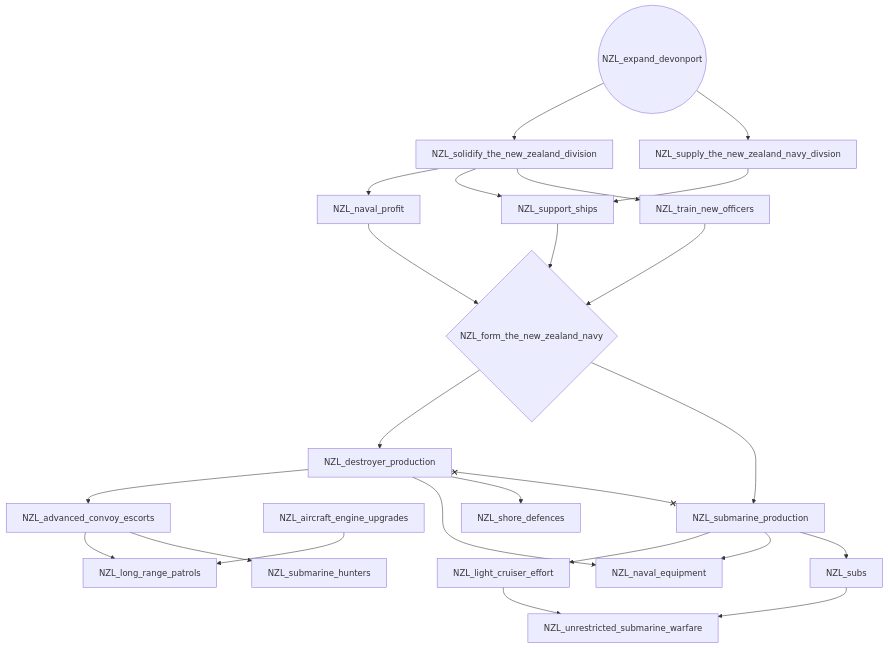
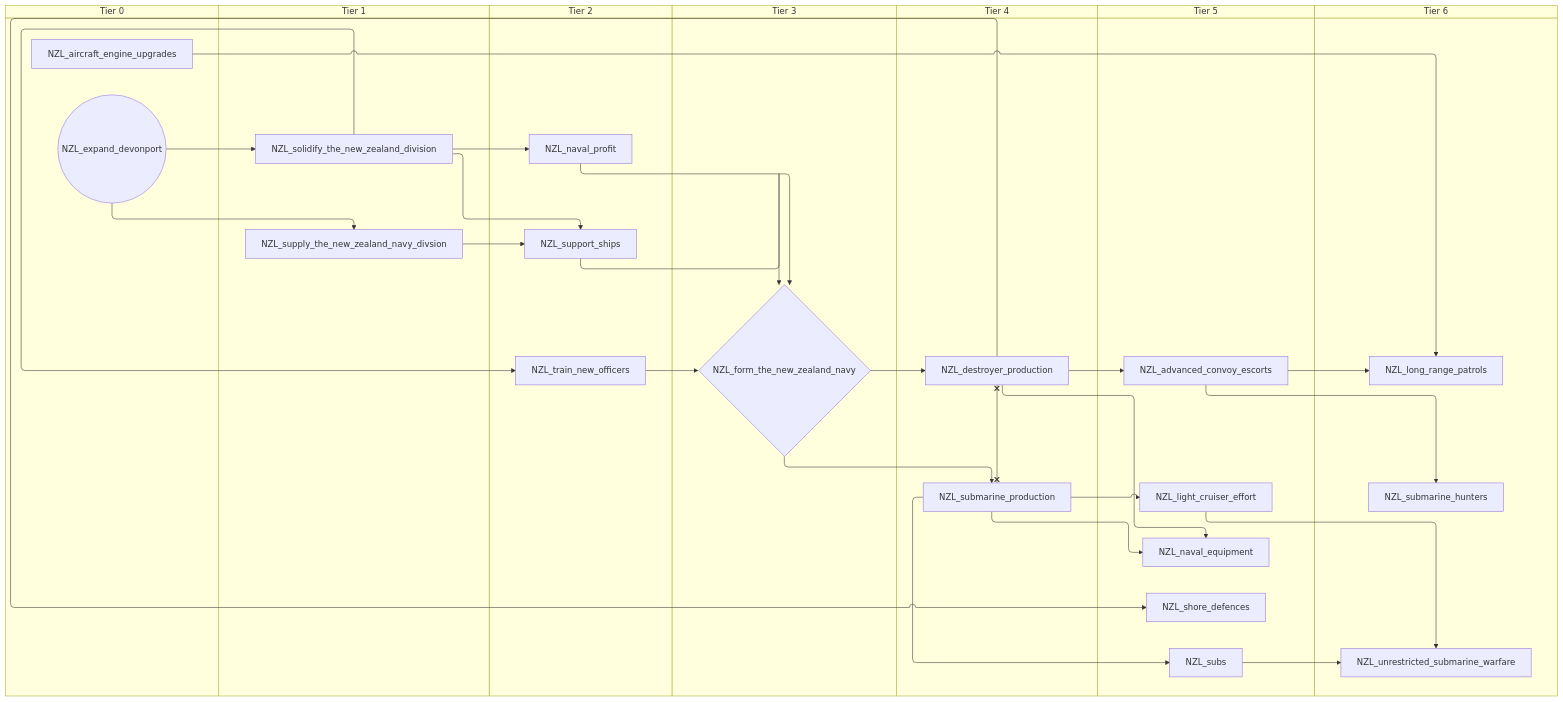
Before and after one commit to evgeny-sobol/hoi4-sandbox-mode-r56: the third of 11 diagrams in docs/gdd/National Focuses/r56/new_zealand.md, drawn with Mermaid. The commit also changed other lines of this file and 423 other files, not shown here.

First line of the commit message:
Re-export Rt56 focus trees as swimlane diagrams

````diff
--- a/docs/gdd/National Focuses/r56/new_zealand.md
+++ b/docs/gdd/National Focuses/r56/new_zealand.md
@@ -105,44 +127,58 @@
 ```mermaid
-flowchart TD
-    n1["NZL_advanced_convoy_escorts"]
-    n2["NZL_aircraft_engine_upgrades"]
-    n41["NZL_destroyer_production"]
-    n42(("NZL_expand_devonport"))
-    n43{"NZL_form_the_new_zealand_navy"}
-    n44["NZL_light_cruiser_effort"]
-    n13["NZL_long_range_patrols"]
-    n45["NZL_naval_equipment"]
-    n46["NZL_naval_profit"]
-    n47["NZL_shore_defences"]
-    n48["NZL_solidify_the_new_zealand_division"]
-    n49["NZL_submarine_hunters"]
-    n50["NZL_submarine_production"]
-    n51["NZL_subs"]
-    n52["NZL_supply_the_new_zealand_navy_divsion"]
-    n53["NZL_support_ships"]
-    n54["NZL_train_new_officers"]
-    n55["NZL_unrestricted_submarine_warfare"]
-    n41 --> n1
-    n43 --> n41
-    n46 --> n43
-    n53 --> n43
-    n54 --> n43
-    n50 --> n44
-    n2 --> n13
-    n1 --> n13
-    n41 --> n45
-    n50 --> n45
-    n48 --> n46
-    n41 --> n47
-    n42 --> n48
-    n1 --> n49
-    n43 --> n50
-    n50 --> n51
-    n42 --> n52
-    n52 --> n53
-    n48 --> n53
-    n48 --> n54
-    n51 --> n55
-    n44 --> n55
-    n41 x--x n50
+swimlane-beta TD
+    subgraph tier_0["Tier 0"]
+        n13["NZL_aircraft_engine_upgrades"]
+        n41(("NZL_expand_devonport"))
+    end
+    subgraph tier_1["Tier 1"]
+        n42["NZL_solidify_the_new_zealand_division"]
+        n43["NZL_supply_the_new_zealand_navy_divsion"]
+    end
+    subgraph tier_2["Tier 2"]
+        n44["NZL_naval_profit"]
+        n45["NZL_support_ships"]
+        n46["NZL_train_new_officers"]
+    end
+    subgraph tier_3["Tier 3"]
+        n47{"NZL_form_the_new_zealand_navy"}
+    end
+    subgraph tier_4["Tier 4"]
+        n48["NZL_destroyer_production"]
+        n49["NZL_submarine_production"]
+    end
+    subgraph tier_5["Tier 5"]
+        n1["NZL_advanced_convoy_escorts"]
+        n50["NZL_light_cruiser_effort"]
+        n51["NZL_naval_equipment"]
+        n52["NZL_shore_defences"]
+        n53["NZL_subs"]
+    end
+    subgraph tier_6["Tier 6"]
+        n18["NZL_long_range_patrols"]
+        n54["NZL_submarine_hunters"]
+        n55["NZL_unrestricted_submarine_warfare"]
+    end
+    n48 --> n1
+    n47 --> n48
+    n44 --> n47
+    n45 --> n47
+    n46 --> n47
+    n49 --> n50
+    n13 --> n18
+    n1 --> n18
+    n48 --> n51
+    n49 --> n51
+    n42 --> n44
+    n48 --> n52
+    n41 --> n42
+    n1 --> n54
+    n47 --> n49
+    n49 --> n53
+    n41 --> n43
+    n43 --> n45
+    n42 --> n45
+    n42 --> n46
+    n53 --> n55
+    n50 --> n55
+    n48 x--x n49
 ```
````
